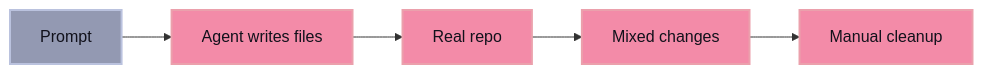
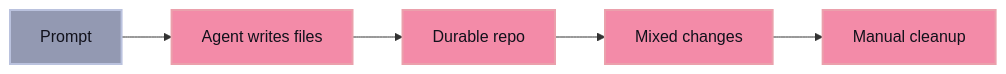
The first of 2 diagrams in src/content/docs/why.md (cloudboy-jh/glib-code-docs), drawn with Mermaid before and after one commit. The commit also changed other lines of this file and 18 other files, not shown here.

Commit message:
Rebuild docs IA and diagrams

````diff
--- a/src/content/docs/why.md
+++ b/src/content/docs/why.md
@@ -14,13 +20,13 @@
 ```mermaid
 flowchart LR
   Prompt["Prompt"] --> Agent["Agent writes files"]
-  Agent --> Repo["Real repo"]
+  Agent --> Repo["Durable repo"]
   Repo --> Mess["Mixed changes"]
   Mess --> Cleanup["Manual cleanup"]
 
   classDef bad fill:#f38ba8,stroke:#eba0ac,color:#11111b,stroke-width:2px
   classDef neutral fill:#9399b2,stroke:#bac2de,color:#11111b,stroke-width:2px
 
   class Agent,Repo,Mess,Cleanup bad
   class Prompt neutral
 ```
````
